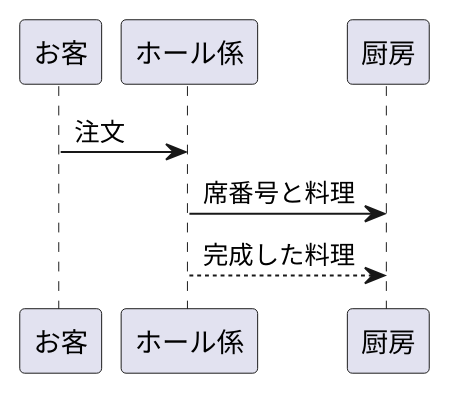
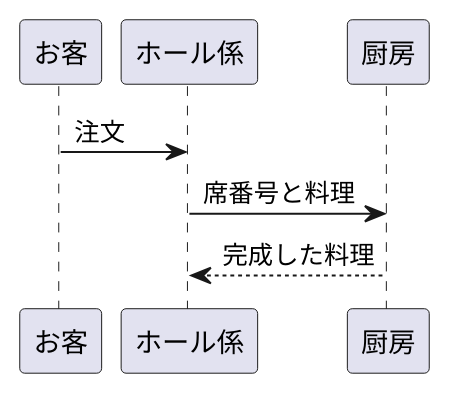
Before and after one commit to Aso2001403/2021sys-design: the diagram in kadai4-3.md, drawn with PlantUML.

````diff
--- a/kadai4-3.md
+++ b/kadai4-3.md
@@ -1,7 +1,7 @@
 ```uml
 @startuml
 お客 -> ホール係: 注文
 ホール係 -> 厨房: 席番号と料理
-厨房 <-- ホール係: 完成した料理
+ホール係 <-- 厨房: 完成した料理
 @enduml
 ```
````
